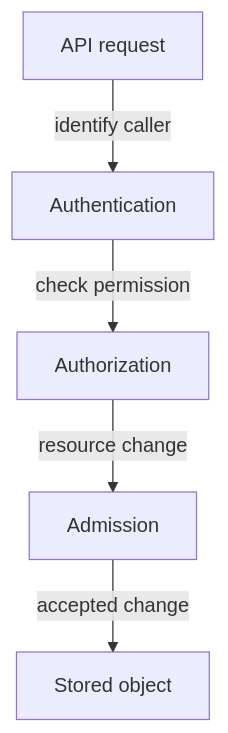
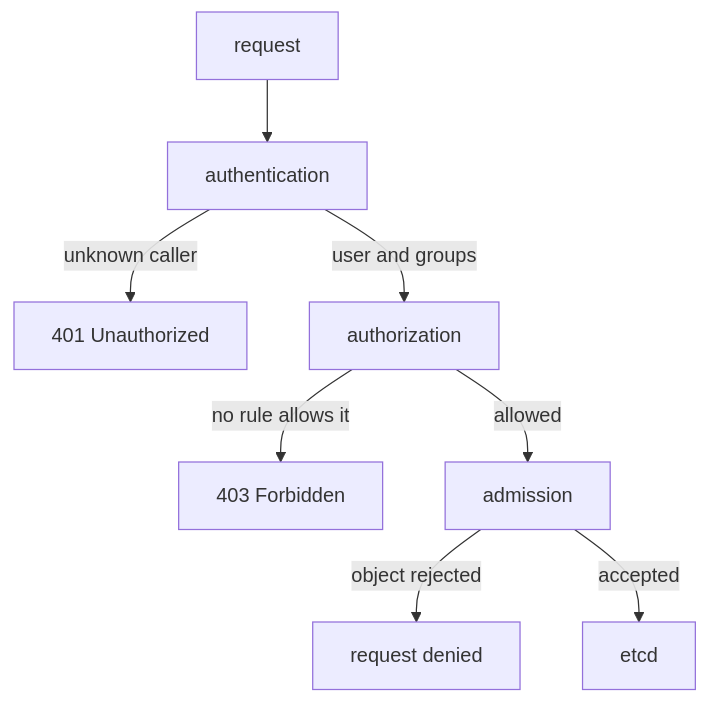
One commit to astrona-io/ATS038 changed the diagram in sections/section-020/module-01/course-01-api-request-checks-and-workload-identity.md. Above: the diagram before and after it, drawn with Mermaid. The commit also changed other lines of this file and 60 other files, not shown here.

````diff
--- a/sections/section-020/module-01/course-01-api-request-checks-and-workload-identity.md
+++ b/sections/section-020/module-01/course-01-api-request-checks-and-workload-identity.md
@@ -16,7 +9,10 @@
 ```mermaid
 flowchart TB
-    R["API request"] -->|"identify caller"| A["Authentication"]
-    A -->|"check permission"| Z["Authorization"]
-    Z -->|"resource change"| D["Admission"]
-    D -->|"accepted change"| S["Stored object"]
+    R["request"] --> A["authentication"]
+    A -->|"unknown caller"| X1["401 Unauthorized"]
+    A -->|"user and groups"| Z["authorization"]
+    Z -->|"no rule allows it"| X2["403 Forbidden"]
+    Z -->|"allowed"| M["admission"]
+    M -->|"object rejected"| X3["request denied"]
+    M -->|"accepted"| E["etcd"]
 ```
````
